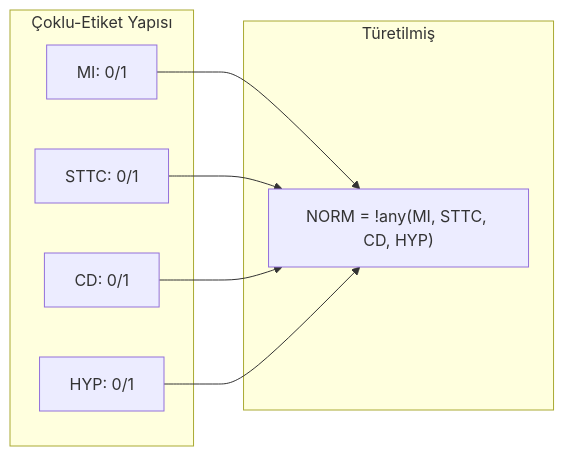
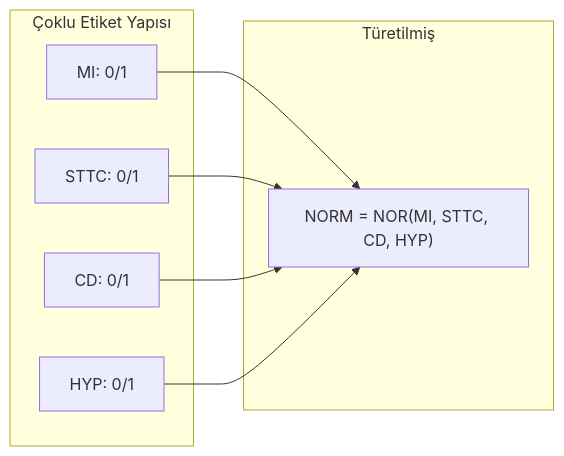
The second of 5 diagrams in docs/diagrams/04_erd_diagram.md (mUsaulug/CardioGuard-AI), drawn with Mermaid before and after one commit. The commit also changed other lines of this file and 5 other files, not shown here.

````diff
--- a/docs/diagrams/04_erd_diagram.md
+++ b/docs/diagrams/04_erd_diagram.md
@@ -233,15 +245,18 @@
 ```mermaid
 graph LR
-    subgraph "Çoklu-Etiket Yapısı"
+    subgraph Coklu_Etiket["Çoklu Etiket Yapısı"]
         MI["MI: 0/1"]
         STTC["STTC: 0/1"]
         CD["CD: 0/1"]
         HYP["HYP: 0/1"]
     end
     
-    subgraph "Türetilmiş"
-        NORM["NORM = !any(MI, STTC, CD, HYP)"]
+    subgraph Turetilmis["Türetilmiş"]
+        NORM["NORM = NOR(MI, STTC, CD, HYP)"]
     end
     
-    MI & STTC & CD & HYP --> NORM
+    MI --> NORM
+    STTC --> NORM
+    CD --> NORM
+    HYP --> NORM
 ```
````
